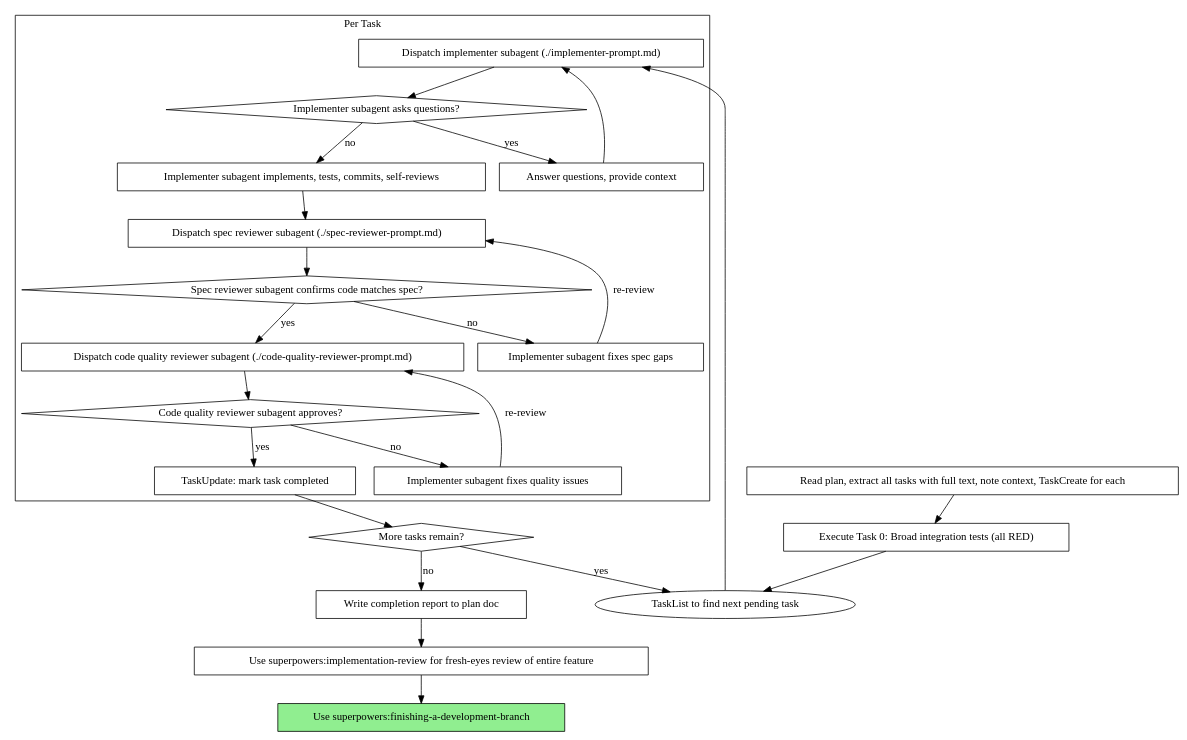
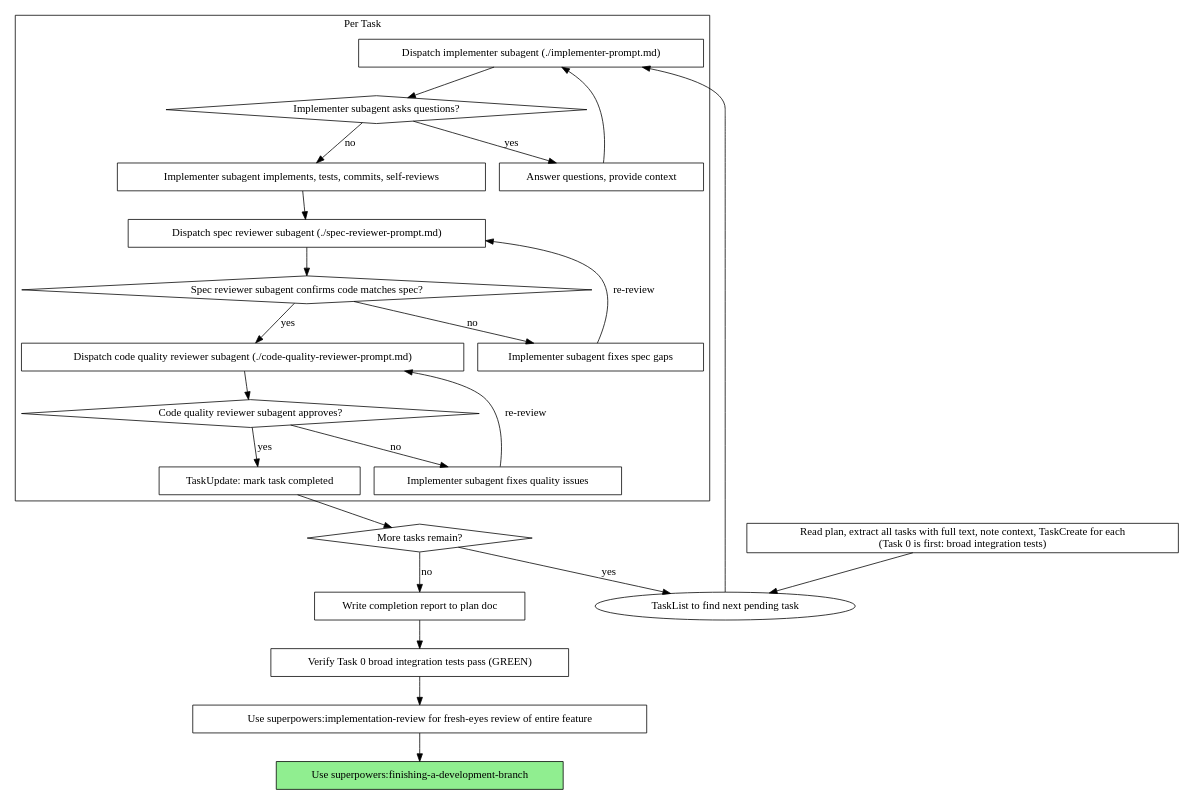
One commit to nikhilsitaram/superpowers changed the second of 2 diagrams in skills/subagent-driven-development/SKILL.md. Above: the diagram before and after it, drawn with Graphviz. The commit also changed 2 other files, not shown here.

Commit message:
fix: implementation review fixups — dot graph consistency and cross-references
- Fix dot graph in subagent-driven-development: Task 0 flows through normal
  per-task review loop (not a standalone pre-step), add "Verify Task 0 GREEN"
  node before implementation-review
- Add parenthetical example to implementation-review skip criteria to match
  writing-plans wording
- Add @testing-anti-patterns.md cross-reference to executing-plans Step 5

````diff
--- a/skills/subagent-driven-development/SKILL.md
+++ b/skills/subagent-driven-development/SKILL.md
@@ -40,49 +40,49 @@
 ```dot
 digraph process {
     rankdir=TB;
 
     subgraph cluster_per_task {
         label="Per Task";
         "Dispatch implementer subagent (./implementer-prompt.md)" [shape=box];
         "Implementer subagent asks questions?" [shape=diamond];
         "Answer questions, provide context" [shape=box];
         "Implementer subagent implements, tests, commits, self-reviews" [shape=box];
         "Dispatch spec reviewer subagent (./spec-reviewer-prompt.md)" [shape=box];
         "Spec reviewer subagent confirms code matches spec?" [shape=diamond];
         "Implementer subagent fixes spec gaps" [shape=box];
         "Dispatch code quality reviewer subagent (./code-quality-reviewer-prompt.md)" [shape=box];
         "Code quality reviewer subagent approves?" [shape=diamond];
         "Implementer subagent fixes quality issues" [shape=box];
         "TaskUpdate: mark task completed" [shape=box];
     }
 
-    "Read plan, extract all tasks with full text, note context, TaskCreate for each" [shape=box];
-    "Execute Task 0: Broad integration tests (all RED)" [shape=box];
+    "Read plan, extract all tasks with full text, note context, TaskCreate for each\n(Task 0 is first: broad integration tests)" [shape=box];
     "More tasks remain?" [shape=diamond];
+    "Verify Task 0 broad integration tests pass (GREEN)" [shape=box];
     "Use superpowers:implementation-review for fresh-eyes review of entire feature" [shape=box];
     "Use superpowers:finishing-a-development-branch" [shape=box style=filled fillcolor=lightgreen];
 
-    "Read plan, extract all tasks with full text, note context, TaskCreate for each" -> "Execute Task 0: Broad integration tests (all RED)";
-    "Execute Task 0: Broad integration tests (all RED)" -> "TaskList to find next pending task";
+    "Read plan, extract all tasks with full text, note context, TaskCreate for each\n(Task 0 is first: broad integration tests)" -> "TaskList to find next pending task";
     "TaskList to find next pending task" -> "Dispatch implementer subagent (./implementer-prompt.md)";
     "Dispatch implementer subagent (./implementer-prompt.md)" -> "Implementer subagent asks questions?";
     "Implementer subagent asks questions?" -> "Answer questions, provide context" [label="yes"];
     "Answer questions, provide context" -> "Dispatch implementer subagent (./implementer-prompt.md)";
     "Implementer subagent asks questions?" -> "Implementer subagent implements, tests, commits, self-reviews" [label="no"];
     "Implementer subagent implements, tests, commits, self-reviews" -> "Dispatch spec reviewer subagent (./spec-reviewer-prompt.md)";
     "Dispatch spec reviewer subagent (./spec-reviewer-prompt.md)" -> "Spec reviewer subagent confirms code matches spec?";
     "Spec reviewer subagent confirms code matches spec?" -> "Implementer subagent fixes spec gaps" [label="no"];
     "Implementer subagent fixes spec gaps" -> "Dispatch spec reviewer subagent (./spec-reviewer-prompt.md)" [label="re-review"];
     "Spec reviewer subagent confirms code matches spec?" -> "Dispatch code quality reviewer subagent (./code-quality-reviewer-prompt.md)" [label="yes"];
     "Dispatch code quality reviewer subagent (./code-quality-reviewer-prompt.md)" -> "Code quality reviewer subagent approves?";
     "Code quality reviewer subagent approves?" -> "Implementer subagent fixes quality issues" [label="no"];
     "Implementer subagent fixes quality issues" -> "Dispatch code quality reviewer subagent (./code-quality-reviewer-prompt.md)" [label="re-review"];
     "Code quality reviewer subagent approves?" -> "TaskUpdate: mark task completed" [label="yes"];
     "TaskUpdate: mark task completed" -> "More tasks remain?";
     "More tasks remain?" -> "TaskList to find next pending task" [label="yes"];
     "Write completion report to plan doc" [shape=box];
     "More tasks remain?" -> "Write completion report to plan doc" [label="no"];
-    "Write completion report to plan doc" -> "Use superpowers:implementation-review for fresh-eyes review of entire feature";
+    "Write completion report to plan doc" -> "Verify Task 0 broad integration tests pass (GREEN)";
+    "Verify Task 0 broad integration tests pass (GREEN)" -> "Use superpowers:implementation-review for fresh-eyes review of entire feature";
     "Use superpowers:implementation-review for fresh-eyes review of entire feature" -> "Use superpowers:finishing-a-development-branch";
 }
 ```
````
